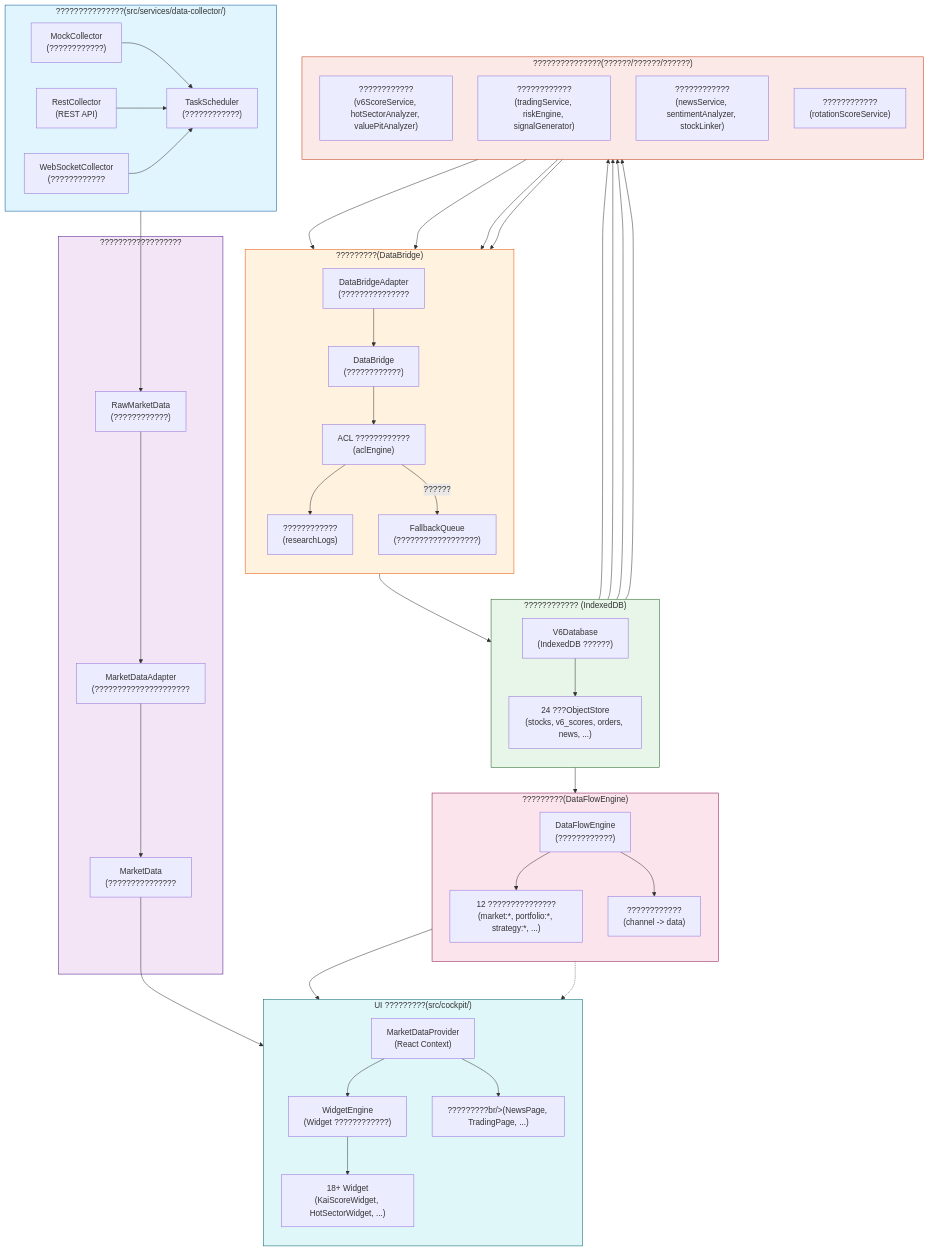
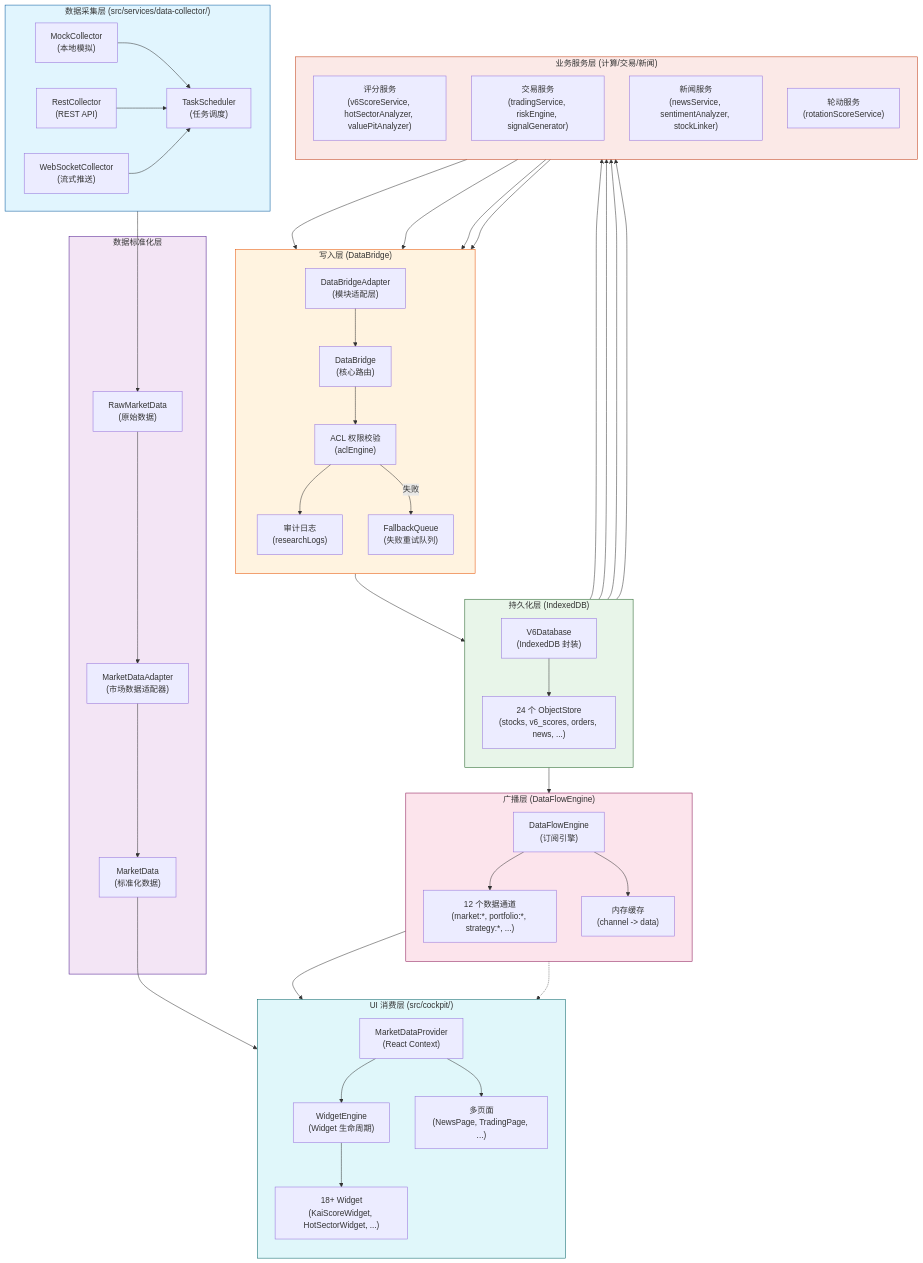
One commit to DHENGHONGYU/- changed the first of 7 diagrams in docs/reference/v9-数据血缘追踪.md. Above: the diagram before and after it, drawn with Mermaid. The commit also changed other lines of this file and 849 other files, not shown here.

````diff
--- a/docs/reference/v9-数据血缘追踪.md
+++ b/docs/reference/v9-数据血缘追踪.md
@@ -47,70 +38,70 @@
 ```mermaid
 flowchart TD
-    subgraph COL["???????????????(src/services/data-collector/)"]
+    subgraph COL["数据采集层 (src/services/data-collector/)"]
         direction LR
-        MC["MockCollector<br/>(????????????)"]
+        MC["MockCollector<br/>(本地模拟)"]
         RC["RestCollector<br/>(REST API)"]
-        WSC["WebSocketCollector<br/>(????????????"]
-        TS["TaskScheduler<br/>(????????????)"]
+        WSC["WebSocketCollector<br/>(流式推送)"]
+        TS["TaskScheduler<br/>(任务调度)"]
         MC --> TS
         RC --> TS
         WSC --> TS
     end
 
-    subgraph STD["??????????????????"]
-        MDA["MarketDataAdapter<br/>(?????????????????????"]
-        RAW["RawMarketData<br/>(????????????)"]
-        STD_DATA["MarketData<br/>(???????????????"]
+    subgraph STD["数据标准化层"]
+        MDA["MarketDataAdapter<br/>(市场数据适配器)"]
+        RAW["RawMarketData<br/>(原始数据)"]
+        STD_DATA["MarketData<br/>(标准化数据)"]
         RAW --> MDA --> STD_DATA
     end
 
-    subgraph WRITE["?????????(DataBridge)"]
+    subgraph WRITE["写入层 (DataBridge)"]
         direction TB
-        DBA["DataBridgeAdapter<br/>(???????????????"]
-        DB_CORE["DataBridge<br/>(????????????)"]
-        ACL["ACL ????????????<br/>(aclEngine)"]
-        AUDIT["????????????<br/>(researchLogs)"]
-        FBQ["FallbackQueue<br/>(??????????????????)"]
+        DBA["DataBridgeAdapter<br/>(模块适配层)"]
+        DB_CORE["DataBridge<br/>(核心路由)"]
+        ACL["ACL 权限校验<br/>(aclEngine)"]
+        AUDIT["审计日志<br/>(researchLogs)"]
+        FBQ["FallbackQueue<br/>(失败重试队列)"]
         
         DBA --> DB_CORE
         DB_CORE --> ACL
         ACL --> AUDIT
-        ACL -- ?????? --> FBQ
+        ACL -- 失败 --> FBQ
     end
 
-    subgraph STORAGE["???????????? (IndexedDB)"]
+    subgraph STORAGE["持久化层 (IndexedDB)"]
         direction TB
-        IDB["V6Database<br/>(IndexedDB ??????)"]
-        STORES["24 ???ObjectStore<br/>(stocks, v6_scores, orders, news, ...)"]
+        IDB["V6Database<br/>(IndexedDB 封装)"]
+        STORES["24 个 ObjectStore<br/>(stocks, v6_scores, orders, news, ...)"]
         IDB --> STORES
     end
 
-    subgraph BROADCAST["?????????(DataFlowEngine)"]
+    subgraph BROADCAST["广播层 (DataFlowEngine)"]
         direction TB
-        DFE["DataFlowEngine<br/>(????????????)"]
-        CHANNELS["12 ???????????????<br/>(market:*, portfolio:*, strategy:*, ...)"]
-        CACHE["????????????<br/>(channel -> data)"]
+        DFE["DataFlowEngine<br/>(订阅引擎)"]
+        CHANNELS["12 个数据通道<br/>(market:*, portfolio:*, strategy:*, ...)"]
+        CACHE["内存缓存<br/>(channel -> data)"]
         DFE --> CHANNELS
         DFE --> CACHE
     end
 
-    subgraph CONSUME["UI ?????????(src/cockpit/)"]
+    subgraph CONSUME["UI 消费层 (src/cockpit/)"]
         direction TB
         MDP["MarketDataProvider<br/>(React Context)"]
-        WE["WidgetEngine<br/>(Widget ????????????)"]
+        WE["WidgetEngine<br/>(Widget 生命周期)"]
         WIDGETS["18+ Widget<br/>(KaiScoreWidget, HotSectorWidget, ...)"]
-        PAGES["?????????br/>(NewsPage, TradingPage, ...)"]
+        PAGES["多页面<br/>(NewsPage, TradingPage, ...)"]
         
         MDP --> WE --> WIDGETS
         MDP --> PAGES
     end
 
-    subgraph SERVICE["???????????????(??????/??????/??????)"]
+    subgraph SERVICE["业务服务层 (计算/交易/新闻)"]
         direction TB
-        SCORE["????????????<br/>(v6ScoreService, hotSectorAnalyzer, valuePitAnalyzer)"]
-        TRADE["????????????<br/>(tradingService, riskEngine, signalGenerator)"]
-        NEWS["????????????<br/>(newsService, sentimentAnalyzer, stockLinker)"]
-        ROTATION["????????????<br/>(rotationScoreService)"]
+        SCORE["评分服务<br/>(v6ScoreService, hotSectorAnalyzer, valuePitAnalyzer)"]
+        TRADE["交易服务<br/>(tradingService, riskEngine, signalGenerator)"]
+        NEWS["新闻服务<br/>(newsService, sentimentAnalyzer, stockLinker)"]
+        ROTATION["轮动服务<br/>(rotationScoreService)"]
     end
 
     TS --> RAW
````
